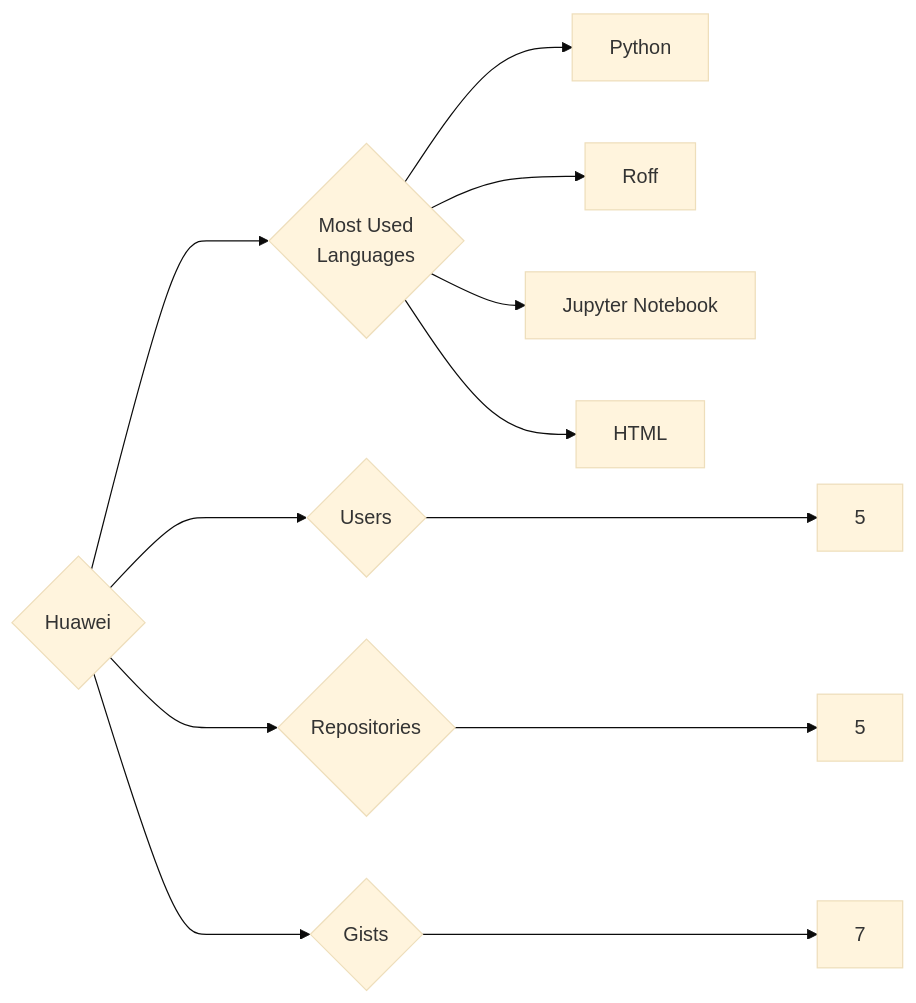
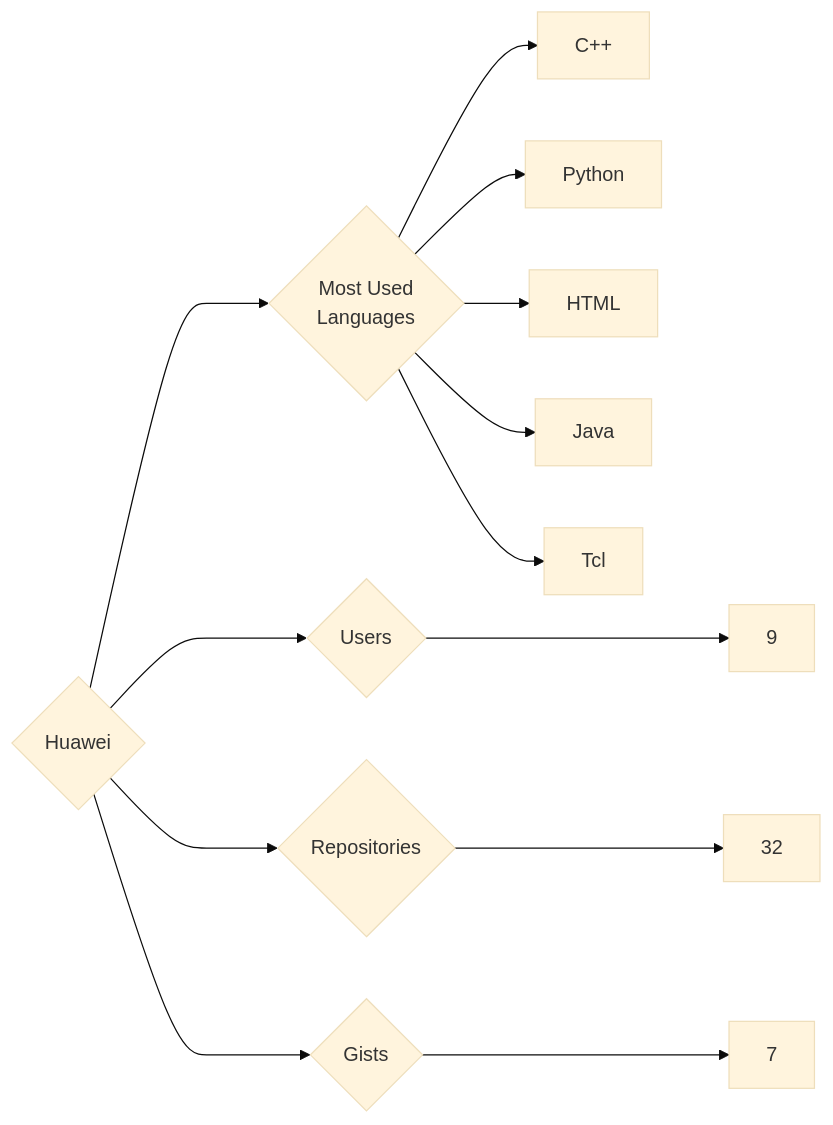
Before and after one commit to trickest/insiders: the diagram in targets/Huawei/README.md, drawn with Mermaid (base theme). The commit also changed 718 other files, not shown here.

````diff
--- a/targets/Huawei/README.md
+++ b/targets/Huawei/README.md
@@ -3,12 +3,13 @@
 ```mermaid
 graph LR
 COMPANY_NAME{Huawei}
-COMPANY_NAME ---> U{Users} ---> UN[5]
-COMPANY_NAME ---> R{Repositories} ---> RN[5]
+COMPANY_NAME ---> U{Users} ---> UN[9]
+COMPANY_NAME ---> R{Repositories} ---> RN[32]
 COMPANY_NAME ---> G{Gists} ---> GN[7]
 COMPANY_NAME ---> ML{Most Used<br>Languages}
+ML --> C++[C++]
 ML --> Python[Python]
-ML --> Roff[Roff]
-ML --> Jupyter_Notebook[Jupyter Notebook]
 ML --> HTML[HTML]
+ML --> Java[Java]
+ML --> Tcl[Tcl]
 ```
````
